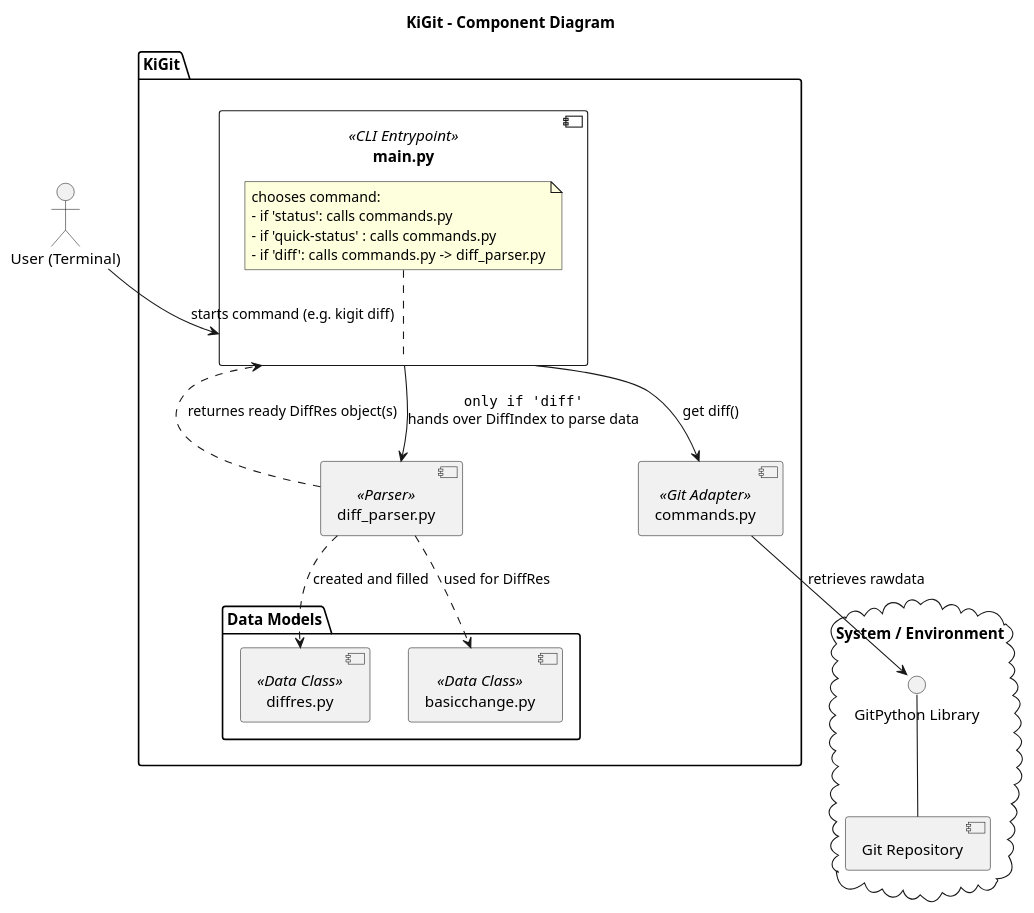
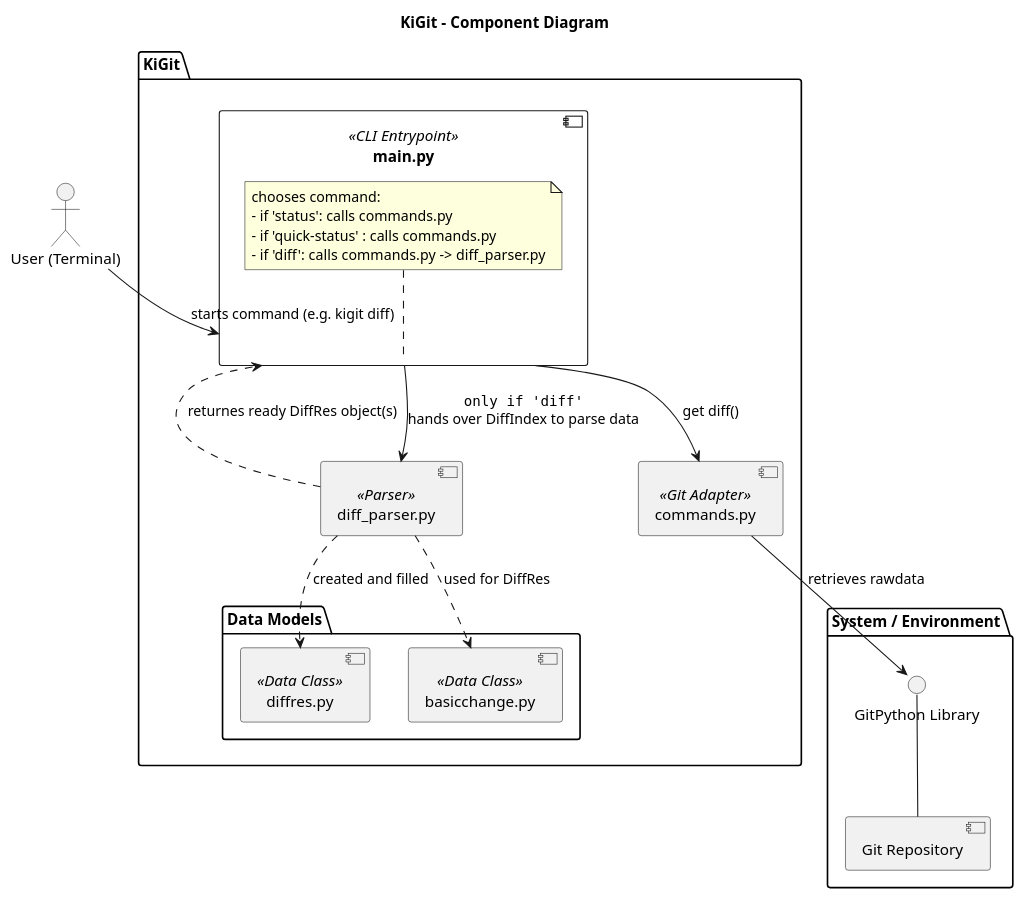
One commit to Ddragon1000/KiGit-AutoIntern-Team-Projektkopie- changed the diagram in KiGit/graphs/component_diagram.puml. Above: the diagram before and after it, drawn with PlantUML.

Commit message:
changed cloud to package in comp diagr

```diff
--- a/KiGit/graphs/component_diagram.puml
+++ b/KiGit/graphs/component_diagram.puml
@@ -1,44 +1,44 @@
 @startuml "Component Diagram KiGit"
 title KiGit - Component Diagram
 
 'left to right direction
 
 actor "User (Terminal)" as user
 
 package "KiGit" {
 	component [main.py] as main <<CLI Entrypoint>> {
 		note top of main
 			chooses command:
 			- if 'status': calls commands.py
 			- if 'quick-status' : calls commands.py
 			- if 'diff': calls commands.py -> diff_parser.py
 		end note
 	}
 	component [commands.py] as commands <<Git Adapter>>
 	component [diff_parser.py] as parser <<Parser>>
 
 	package "Data Models" {
 		component [diffres.py] as diffres <<Data Class>>
 		component [basicchange.py] as basicchange <<Data Class>>
 	}
 }
 
-cloud "System / Environment" {
+package "System / Environment" {
 	[Git Repository] as gitrepo
 	() "GitPython Library" as gitpy
 }
 
 user --> main : starts command (e.g. kigit diff)
 
 main --> commands : get diff()
 commands --> gitpy : retrieves rawdata
 gitpy -- gitrepo
 
 main --> parser : ""only if 'diff'""\nhands over DiffIndex to parse data
 
 parser ..> diffres : created and filled
 parser ..> basicchange : used for DiffRes
 
 parser ..> main : returnes ready DiffRes object(s)
 
 @enduml
```
